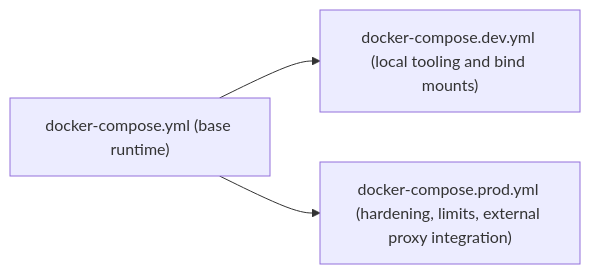
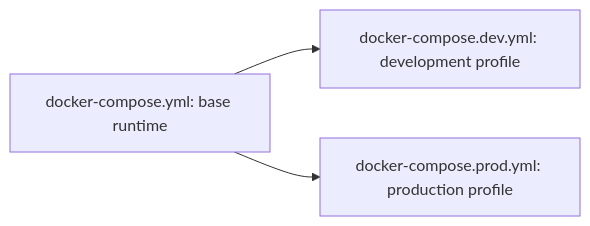
Before and after one commit to taygumus/wp-docker-stack: the first of 2 diagrams in README.md, drawn with Mermaid. The commit also changed other lines of this file, not shown here.

````diff
--- a/README.md
+++ b/README.md
@@ -238,5 +219,5 @@
 ```mermaid
 flowchart LR
-    Base["docker-compose.yml (base runtime)"] --> Dev["docker-compose.dev.yml (local tooling and bind mounts)"]
-    Base --> Prod["docker-compose.prod.yml (hardening, limits, external proxy integration)"]
+    Base["docker-compose.yml: base runtime"] --> Dev["docker-compose.dev.yml: development profile"]
+    Base --> Prod["docker-compose.prod.yml: production profile"]
 ```
````
